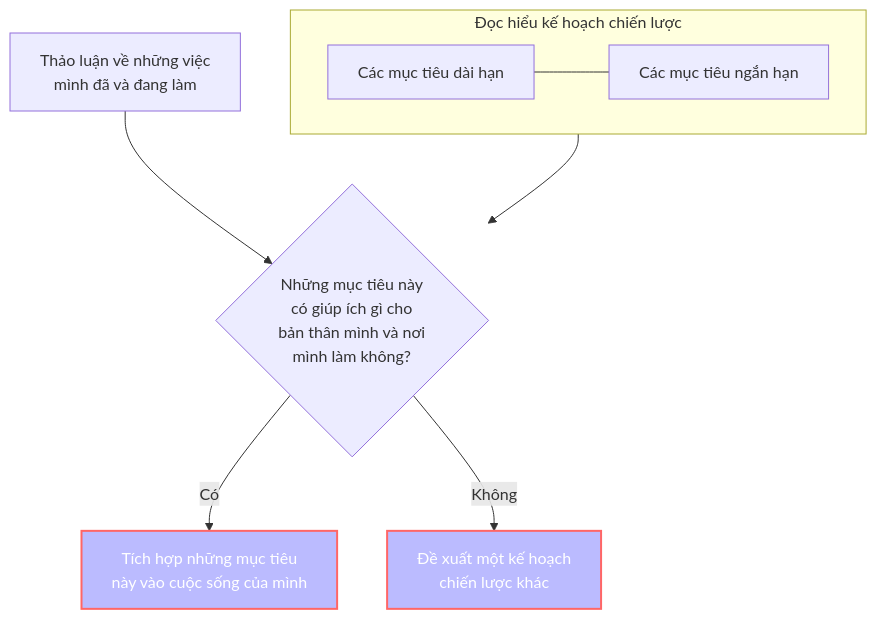
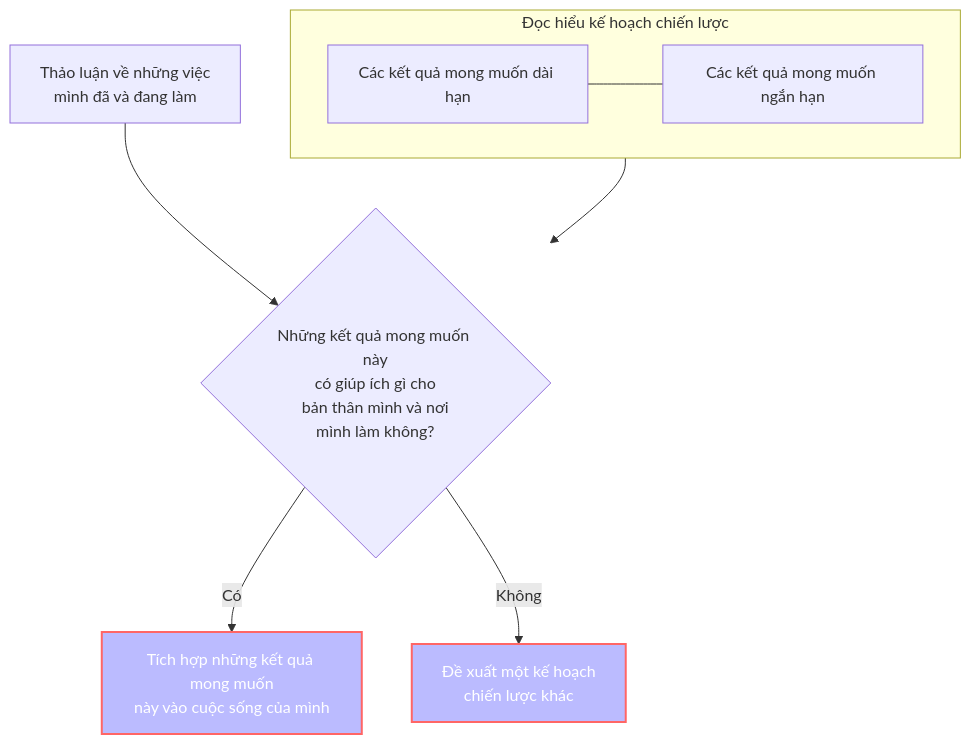
One commit to QuaCau-TheSphere/LandofSpheres changed the diagram in 2 Kỹ năng, thử thách, mức độ thành thạo/21 Hiểu Quả Cầu/Thử thách/Thay đổi định hướng của Quả Cầu cho phù hợp với định hướng của bạn.md. Above: the diagram before and after it, drawn with Mermaid. The commit also changed other lines of this file and 481 other files, not shown here.

Commit message:
Đổi 'Mục tiêu::' sang 'Kết quả mong muốn::'. Đổi 'Yếu tố hỗ trợ::' sang 'Sản phẩm hỗ trợ::'

````diff
--- a/2 Kỹ năng, thử thách, mức độ thành thạo/21 Hiểu Quả Cầu/Thử thách/Thay đổi định hướng của Quả Cầu cho phù hợp với định hướng của bạn.md
+++ b/2 Kỹ năng, thử thách, mức độ thành thạo/21 Hiểu Quả Cầu/Thử thách/Thay đổi định hướng của Quả Cầu cho phù hợp với định hướng của bạn.md
@@ -3,25 +3,25 @@
 ```mermaid
 flowchart TD;  
 
-1[Các mục tiêu dài hạn]
-2[Các mục tiêu ngắn hạn]
-4{Những mục tiêu này\ncó giúp ích gì cho\nbản thân mình và nơi\nmình làm không?}
-5[Tích hợp những mục tiêu\nnày vào cuộc sống của mình]
+1[Các kết quả mong muốn dài hạn]
+2[Các kết quả mong muốn ngắn hạn]
+4{Những kết quả mong muốn này\ncó giúp ích gì cho\nbản thân mình và nơi\nmình làm không?}
+5[Tích hợp những kết quả mong muốn\nnày vào cuộc sống của mình]
 6[Đề xuất một kế hoạch\nchiến lược khác] 
 
 subgraph Hiểu [Đọc hiểu kế hoạch chiến lược]
 direction LR
 1---2
 end
 
 a[Thảo luận về những việc\nmình đã và đang làm]
 -->4
 Hiểu-->4-->|Có|5
 4-->|Không|6
 
 style 5 fill:#bbf,stroke:#f66,stroke-width:2px,color:#fff
 style 6 fill:#bbf,stroke:#f66,stroke-width:2px,color:#fff
 
 click 1 "obsidian://open?vault=Obsidian&file=C%C3%A1c%20d%E1%BB%B1%20%C3%A1n%20th%C3%A0nh%20ph%E1%BA%A7n"
 click 2 "obsidian://open?vault=Obsidian&file=00.2%20K%E1%BA%BF%20ho%E1%BA%A1ch%20t%E1%BB%95ng%20th%E1%BB%83"
 ```
````
